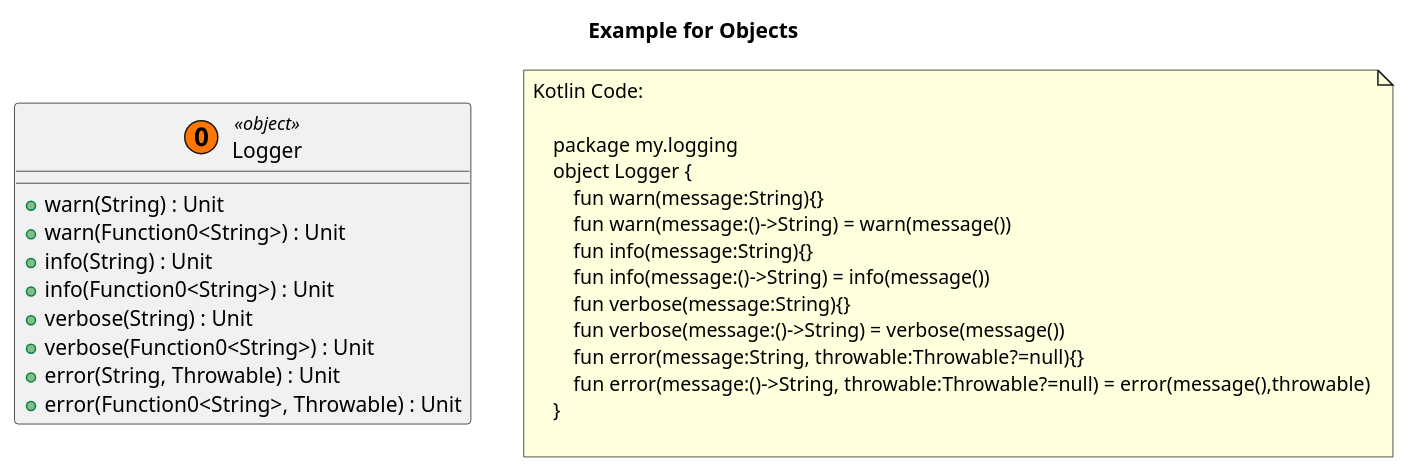
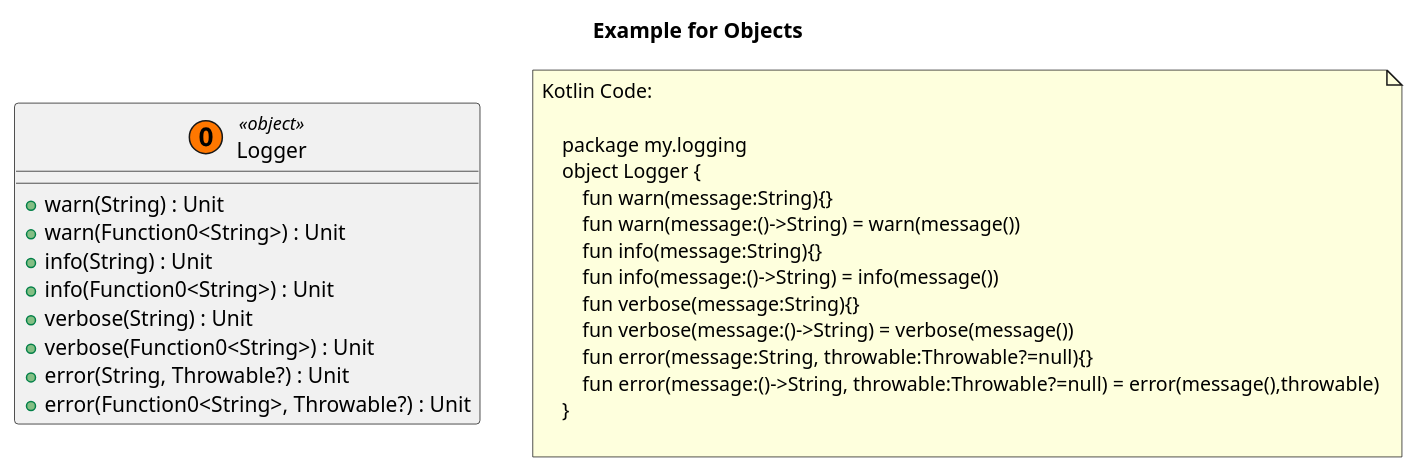
Before and after one commit to Tosaa/ksp-plantuml: the diagram in doc/plantuml/Objects.puml, drawn with PlantUML. The commit also changed 7 other files, not shown here.

```diff
--- a/doc/plantuml/Objects.puml
+++ b/doc/plantuml/Objects.puml
@@ -1,37 +1,37 @@
 @startuml
 title Example for Objects
 'This file is generated by the GenerateExamplesForDoc test.
 
     'my.logging.Logger
     class "Logger" as my_logging_Logger << (O, #FF7700) object>>{
         + warn(String) : Unit
 		+ warn(Function0<String>) : Unit
 		+ info(String) : Unit
 		+ info(Function0<String>) : Unit
 		+ verbose(String) : Unit
 		+ verbose(Function0<String>) : Unit
-		+ error(String, Throwable) : Unit
-		+ error(Function0<String>, Throwable) : Unit
+		+ error(String, Throwable?) : Unit
+		+ error(Function0<String>, Throwable?) : Unit
     }
 
 
 
  
 note as note_of_code
 Kotlin Code:
 
     package my.logging
     object Logger {
         fun warn(message:String){}
         fun warn(message:()->String) = warn(message()) 
         fun info(message:String){}
         fun info(message:()->String) = info(message()) 
         fun verbose(message:String){}
         fun verbose(message:()->String) = verbose(message()) 
         fun error(message:String, throwable:Throwable?=null){}
         fun error(message:()->String, throwable:Throwable?=null) = error(message(),throwable)
     }
     
 end note
             
 @enduml
```
